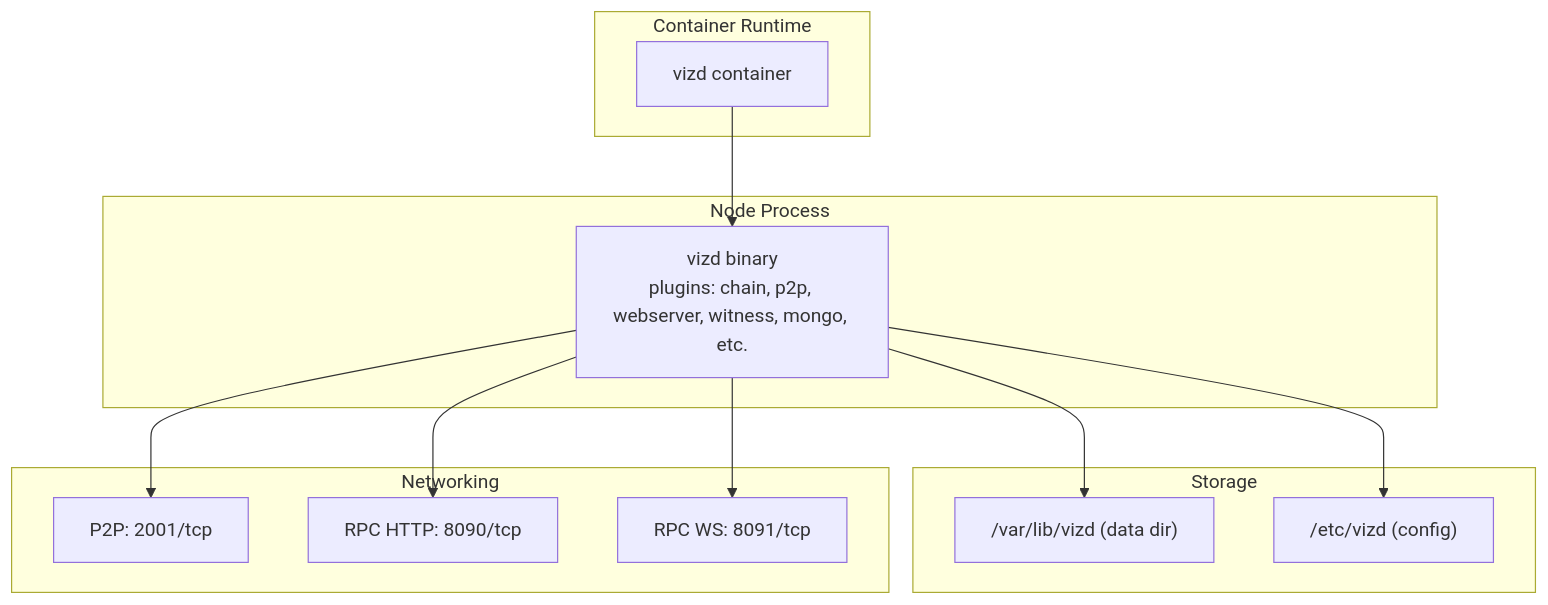
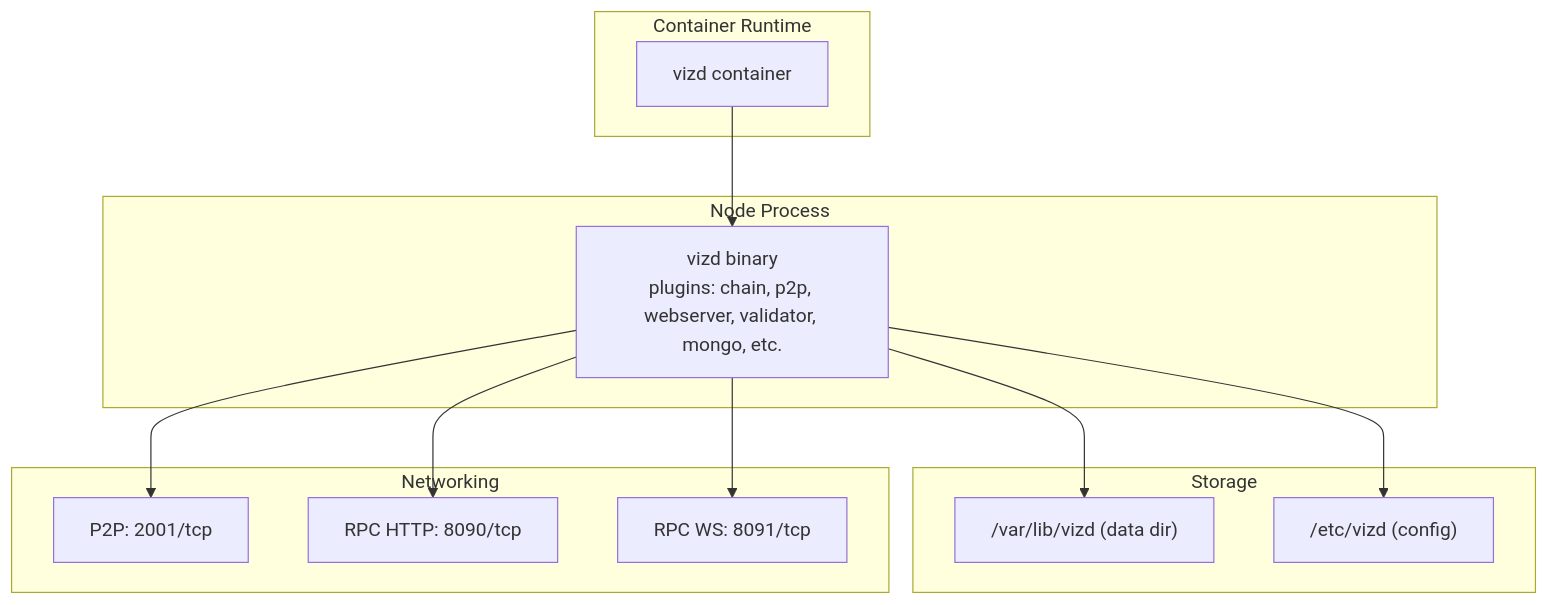
Before and after one commit to VIZ-Blockchain/viz-cpp-node: the second of 5 diagrams in .qoder/repowiki/en/content/Deployment and Operations/Deployment and Operations.md, drawn with Mermaid. The commit also changed other lines of this file and 88 other files, not shown here.

First line of the commit message:
docs(validator): rename witness to validator throughout documentation

````diff
--- a/.qoder/repowiki/en/content/Deployment and Operations/Deployment and Operations.md
+++ b/.qoder/repowiki/en/content/Deployment and Operations/Deployment and Operations.md
@@ -118,24 +118,24 @@
 ```mermaid
 graph TB
 subgraph "Container Runtime"
 C1["vizd container"]
 end
 subgraph "Node Process"
-N1["vizd binary<br/>plugins: chain, p2p, webserver, witness, mongo, etc."]
+N1["vizd binary<br/>plugins: chain, p2p, webserver, validator, mongo, etc."]
 end
 subgraph "Storage"
 S1["/var/lib/vizd (data dir)"]
 S2["/etc/vizd (config)"]
 end
 subgraph "Networking"
 P1["P2P: 2001/tcp"]
 P2["RPC HTTP: 8090/tcp"]
 P3["RPC WS: 8091/tcp"]
 end
 C1 --> N1
 N1 --> S1
 N1 --> S2
 N1 --> P1
 N1 --> P2
 N1 --> P3
 ```
````
